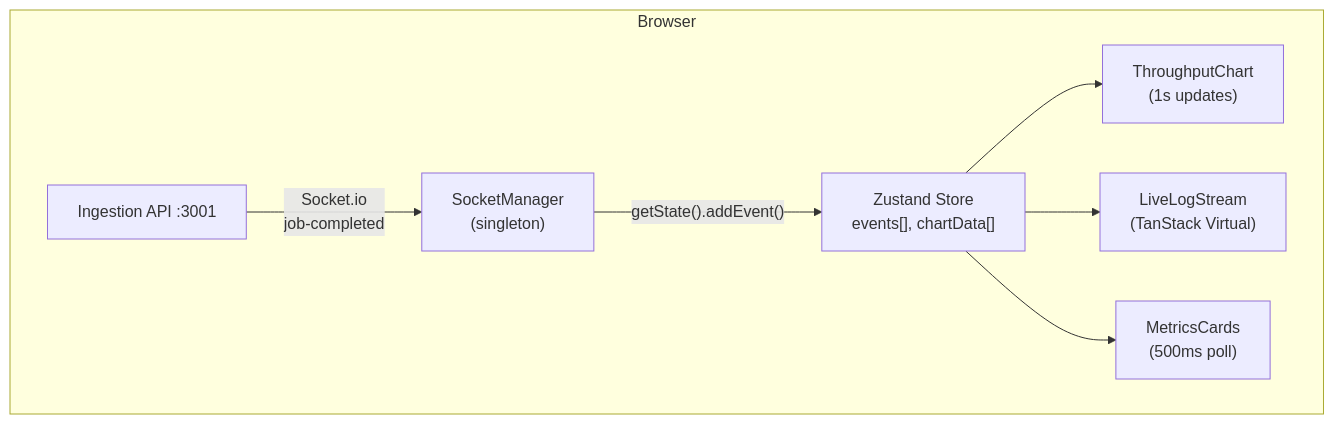
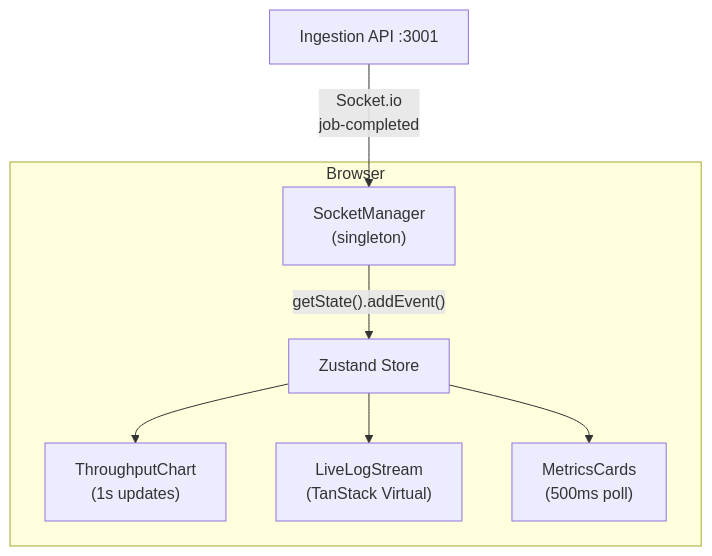
The diagram in apps/live-dashboard/README.md (h3rmel/distributed-systems-lab), drawn with Mermaid before and after one commit. The commit also changed 1 other file, not shown here.

Commit message:
fix(docs): correct mermaid diagram issues in root and dashboard READMEs
- Root: change graph TB to graph LR for horizontal system overview
- Dashboard: move Ingestion API node outside Browser subgraph,
  remove brackets from Zustand Store label to avoid mermaid parse issues

Made-with: Cursor

````diff
--- a/apps/live-dashboard/README.md
+++ b/apps/live-dashboard/README.md
@@ -16,10 +16,19 @@
 ```mermaid
 flowchart TD
-  subgraph Browser
-    API["Ingestion API :3001"] -->|"Socket.io<br/>job-completed"| SM["SocketManager<br/>(singleton)"]
-    SM -->|"getState().addEvent()"| Store["Zustand Store<br/>events[], chartData[]"]
-    Store --> Chart["ThroughputChart<br/>(1s updates)"]
-    Store --> Logs["LiveLogStream<br/>(TanStack Virtual)"]
-    Store --> Cards["MetricsCards<br/>(500ms poll)"]
+  API["Ingestion API :3001"]
+
+  subgraph browser [Browser]
+    SM["SocketManager<br/>(singleton)"]
+    Store["Zustand Store"]
+    Chart["ThroughputChart<br/>(1s updates)"]
+    Logs["LiveLogStream<br/>(TanStack Virtual)"]
+    Cards["MetricsCards<br/>(500ms poll)"]
+
+    SM -->|"getState().addEvent()"| Store
+    Store --> Chart
+    Store --> Logs
+    Store --> Cards
   end
+
+  API -->|"Socket.io<br/>job-completed"| SM
 ```
````
